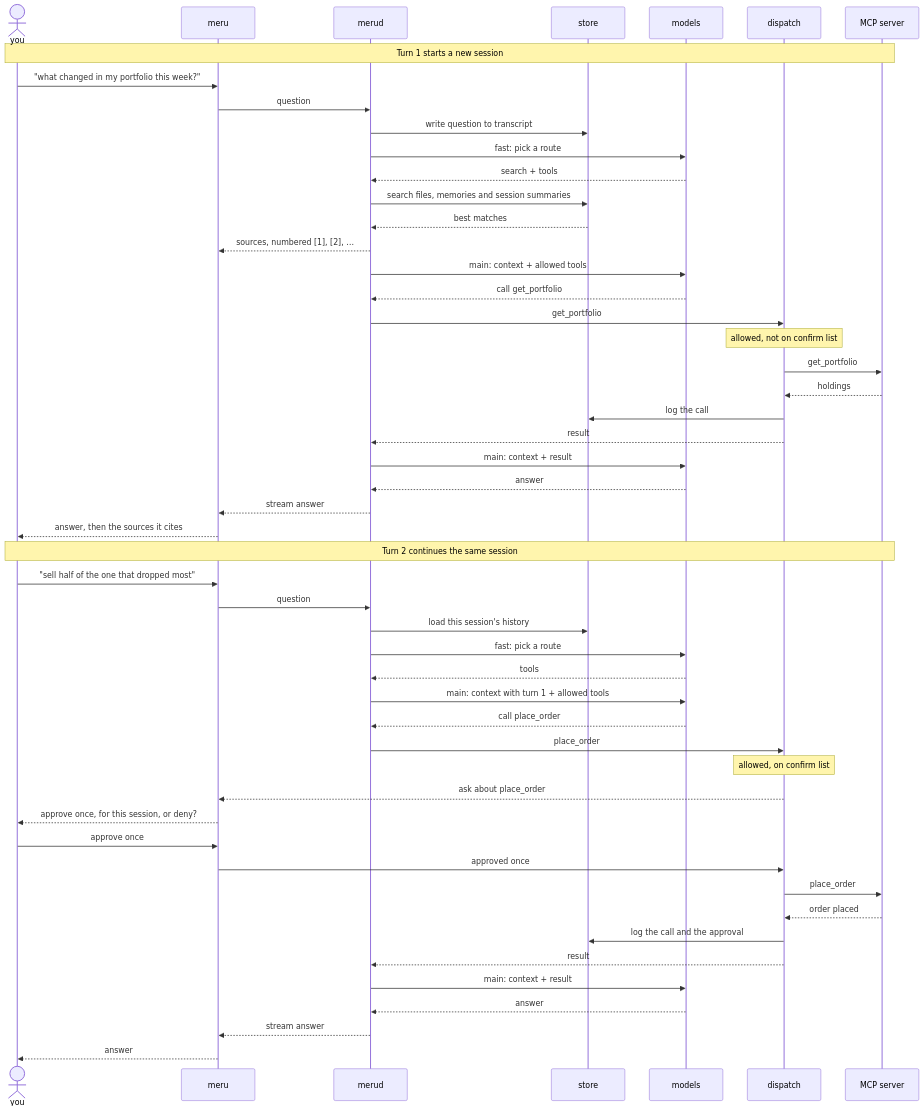
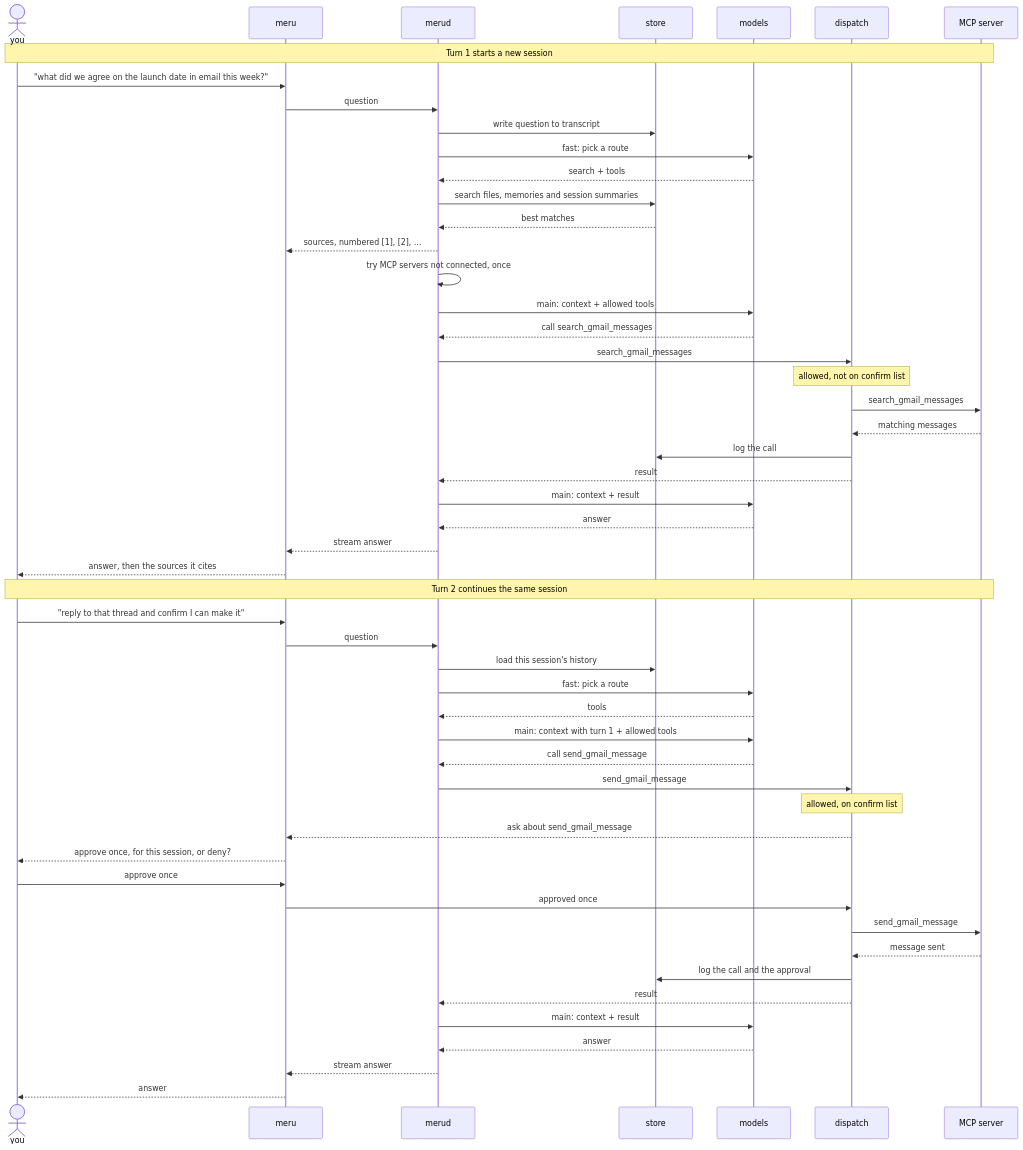
Before and after one commit to aarora79/meru: the second of 5 diagrams in docs/architecture/200.md, drawn with Mermaid. The commit also changed other lines of this file and 8 other files, not shown here.

````diff
--- a/docs/architecture/200.md
+++ b/docs/architecture/200.md
@@ -112,55 +112,56 @@
 ```mermaid
 sequenceDiagram
     actor U as you
     participant C as meru
     participant L as merud
     participant S as store
     participant M as models
     participant D as dispatch
     participant T as MCP server
 
     Note over U,T: Turn 1 starts a new session
-    U->>C: "what changed in my portfolio this week?"
+    U->>C: "what did we agree on the launch date in email this week?"
     C->>L: question
     L->>S: write question to transcript
     L->>M: fast: pick a route
     M-->>L: search + tools
     L->>S: search files, memories and session summaries
     S-->>L: best matches
     L-->>C: sources, numbered [1], [2], …
+    L->>L: try MCP servers not connected, once
     L->>M: main: context + allowed tools
-    M-->>L: call get_portfolio
-    L->>D: get_portfolio
+    M-->>L: call search_gmail_messages
+    L->>D: search_gmail_messages
     Note over D: allowed, not on confirm list
-    D->>T: get_portfolio
-    T-->>D: holdings
+    D->>T: search_gmail_messages
+    T-->>D: matching messages
     D->>S: log the call
     D-->>L: result
     L->>M: main: context + result
     M-->>L: answer
     L-->>C: stream answer
     C-->>U: answer, then the sources it cites
 
     Note over U,T: Turn 2 continues the same session
-    U->>C: "sell half of the one that dropped most"
+    U->>C: "reply to that thread and confirm I can make it"
     C->>L: question
     L->>S: load this session's history
     L->>M: fast: pick a route
     M-->>L: tools
     L->>M: main: context with turn 1 + allowed tools
-    M-->>L: call place_order
-    L->>D: place_order
+    M-->>L: call send_gmail_message
+    L->>D: send_gmail_message
     Note over D: allowed, on confirm list
-    D-->>C: ask about place_order
+    D-->>C: ask about send_gmail_message
     C-->>U: approve once, for this session, or deny?
     U->>C: approve once
     C->>D: approved once
-    D->>T: place_order
-    T-->>D: order placed
+    D->>T: send_gmail_message
+    T-->>D: message sent
     D->>S: log the call and the approval
     D-->>L: result
     L->>M: main: context + result
     M-->>L: answer
     L-->>C: stream answer
     C-->>U: answer
 ```
````
